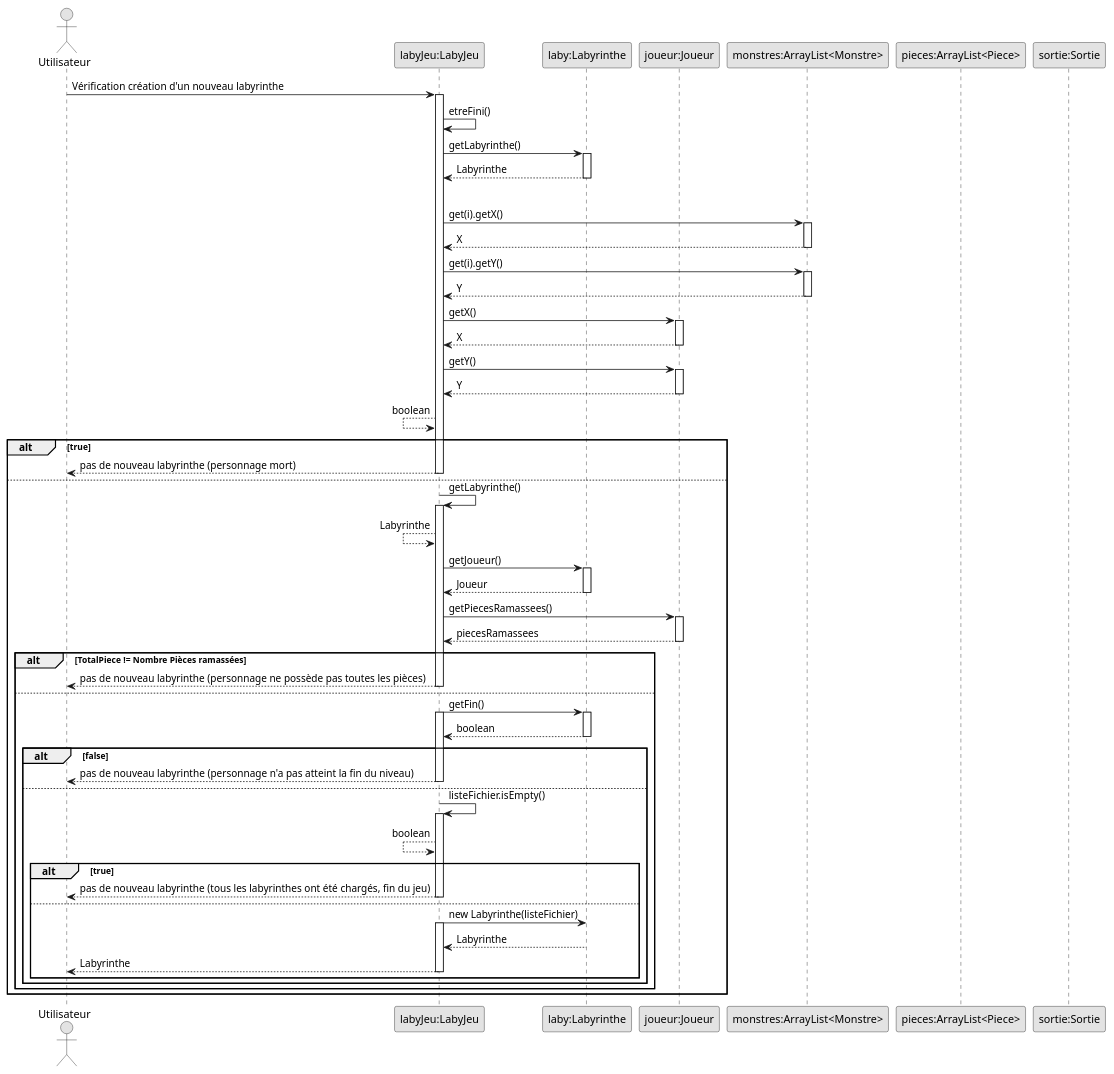
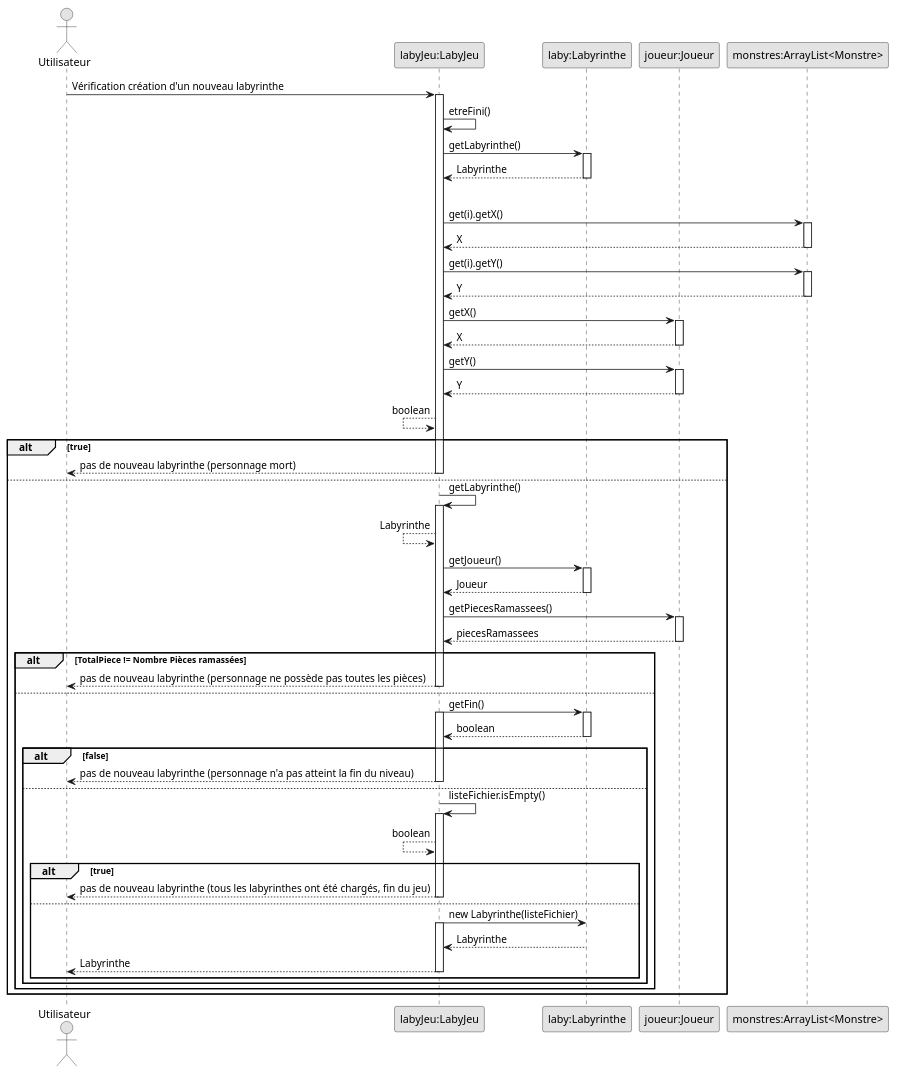
One commit to Dracosxs/2022_Zeldiablo_MOUGIN_DEFOLIE_KETZINGER_KOLER changed the diagram in documents/version_3/ChangementDeNiveau.puml. Above: the diagram before and after it, drawn with PlantUML. The commit also changed 4 other files, not shown here.

Commit message:
version finale diagramme de séquence fonctionnalité sprite et fin du jeu victoire du héro et changement de niveau

```diff
--- a/documents/version_3/ChangementDeNiveau.puml
+++ b/documents/version_3/ChangementDeNiveau.puml
@@ -1,88 +1,86 @@
 @startuml
 skinparam monochrome true
 
 actor Utilisateur
 
 participant "labyJeu:LabyJeu" as jeu
 participant "laby:Labyrinthe" as laby
 participant "joueur:Joueur" as joueur
 participant "monstres:ArrayList<Monstre>" as monstres
-participant "pieces:ArrayList<Piece>" as pieces
-participant "sortie:Sortie" as sortie
 
 Utilisateur -> jeu: Vérification création d'un nouveau labyrinthe
 activate jeu
 
 jeu -> jeu: etreFini()
 jeu -> laby: getLabyrinthe()
 activate laby
 jeu <-- laby: Labyrinthe
 deactivate laby
 loop int i, monstres.size()
     jeu -> monstres: get(i).getX()
     activate monstres
     jeu <-- monstres: X
     deactivate monstres
     jeu -> monstres: get(i).getY()
     activate monstres
     jeu <-- monstres: Y
     deactivate monstres
     jeu -> joueur: getX()
     activate joueur
     jeu <-- joueur: X
     deactivate joueur
     jeu -> joueur: getY()
     activate joueur
     jeu <-- joueur: Y
     deactivate joueur
     jeu <-- jeu: boolean
 alt true
     Utilisateur <-- jeu: pas de nouveau labyrinthe (personnage mort)
     deactivate jeu
 else
     jeu -> jeu: getLabyrinthe()
     activate jeu
     jeu <-- jeu: Labyrinthe
     jeu -> laby: getJoueur()
     activate laby
     jeu <-- laby: Joueur
     deactivate laby
     jeu -> joueur: getPiecesRamassees()
     activate joueur
     jeu <-- joueur: piecesRamassees
     deactivate joueur
     alt TotalPiece != Nombre Pièces ramassées
         Utilisateur <-- jeu: pas de nouveau labyrinthe (personnage ne possède pas toutes les pièces)
         deactivate jeu
     else
         jeu -> laby: getFin()
         activate jeu
         activate laby
         jeu <-- laby: boolean
         deactivate laby
         alt false
             Utilisateur <-- jeu: pas de nouveau labyrinthe (personnage n'a pas atteint la fin du niveau)
             deactivate jeu
         else
             jeu -> jeu: listeFichier.isEmpty()
             activate jeu
             jeu <-- jeu: boolean
             alt true
                  Utilisateur <-- jeu: pas de nouveau labyrinthe (tous les labyrinthes ont été chargés, fin du jeu)
                  deactivate jeu
             else
                  jeu -> laby: new Labyrinthe(listeFichier)
                  activate jeu
                  jeu <-- laby: Labyrinthe
                  Utilisateur <-- jeu: Labyrinthe
                  deactivate jeu
             end
         end
     end
 end
 
 
 deactivate jeu
 
 
 @enduml
```
